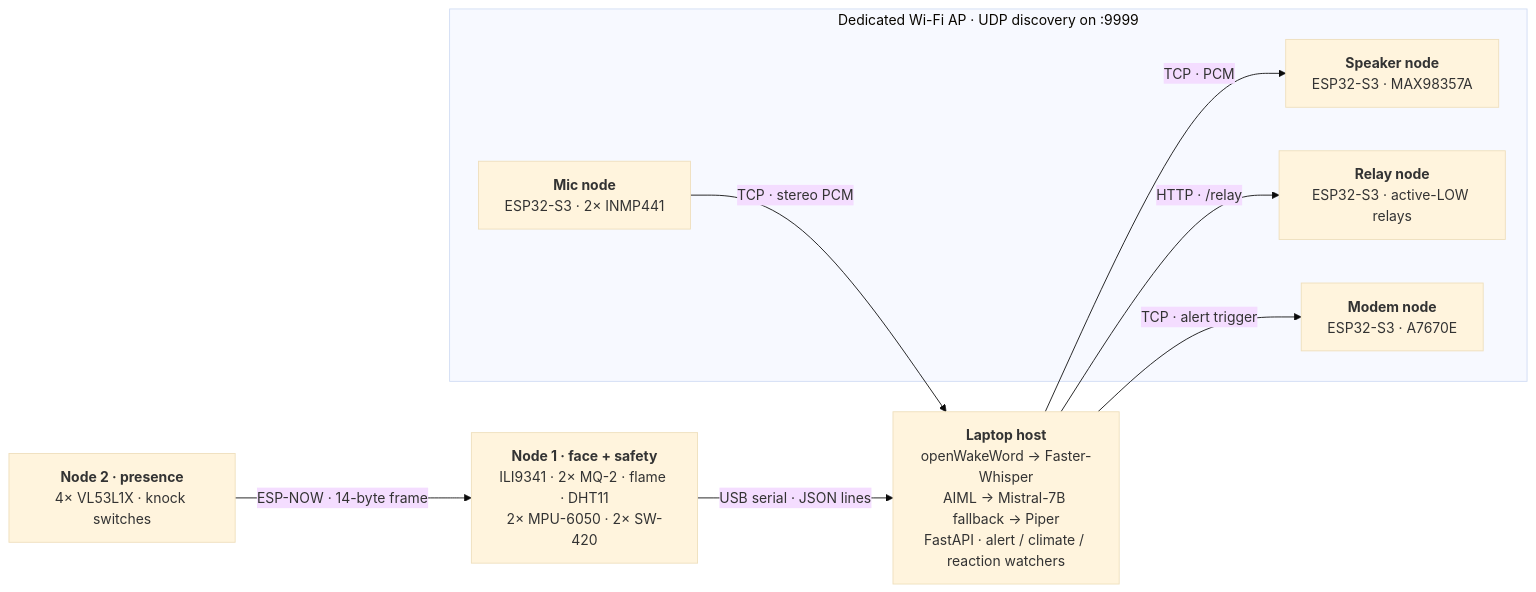
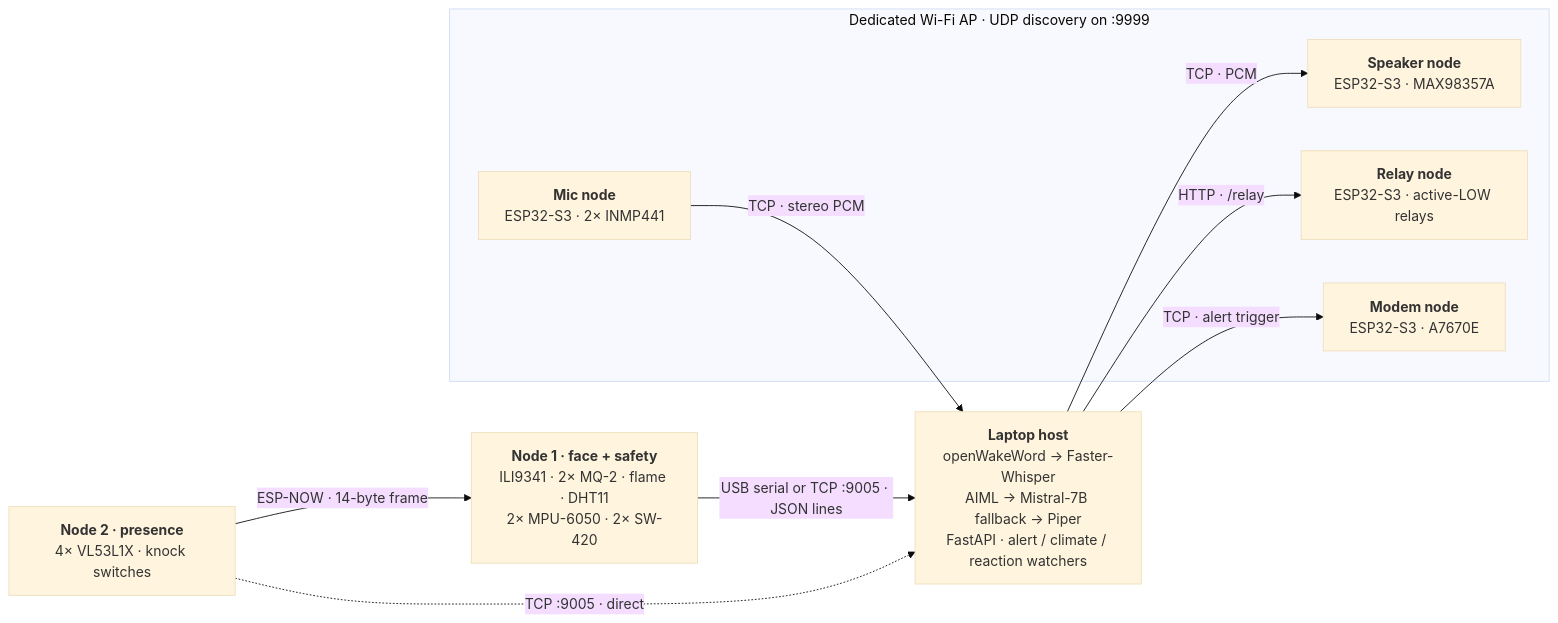
The diagram in README.md (ArmanAdilMangat/GENIE), drawn with Mermaid (base theme) before and after one commit. The commit also changed other lines of this file and 9 other files, not shown here.

````diff
--- a/README.md
+++ b/README.md
@@ -35,19 +35,20 @@
 ```mermaid
 flowchart LR
     subgraph wifi["Dedicated Wi-Fi AP · UDP discovery on :9999"]
         MIC["<b>Mic node</b><br/>ESP32-S3 · 2× INMP441"]
         SPK["<b>Speaker node</b><br/>ESP32-S3 · MAX98357A"]
         RLY["<b>Relay node</b><br/>ESP32-S3 · active-LOW relays"]
         MDM["<b>Modem node</b><br/>ESP32-S3 · A7670E"]
     end
     N2["<b>Node 2 · presence</b><br/>4× VL53L1X · knock switches"]
     N1["<b>Node 1 · face + safety</b><br/>ILI9341 · 2× MQ-2 · flame · DHT11<br/>2× MPU-6050 · 2× SW-420"]
     HOST["<b>Laptop host</b><br/>openWakeWord → Faster-Whisper<br/>AIML → Mistral-7B fallback → Piper<br/>FastAPI · alert / climate / reaction watchers"]
 
     N2 -- "ESP-NOW · 14-byte frame" --> N1
-    N1 -- "USB serial · JSON lines" --> HOST
+    N1 -- "USB serial or TCP :9005 · JSON lines" --> HOST
+    N2 -. "TCP :9005 · direct" .-> HOST
     MIC -- "TCP · stereo PCM" --> HOST
     HOST -- "TCP · PCM" --> SPK
     HOST -- "HTTP · /relay" --> RLY
     HOST -- "TCP · alert trigger" --> MDM
 ```
````
